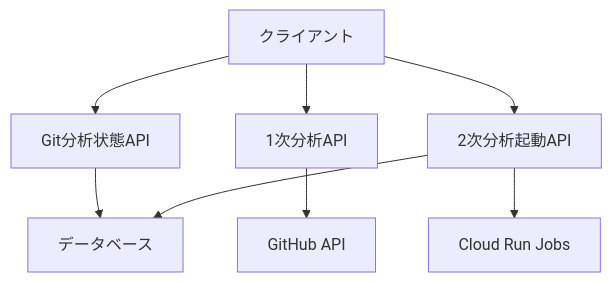
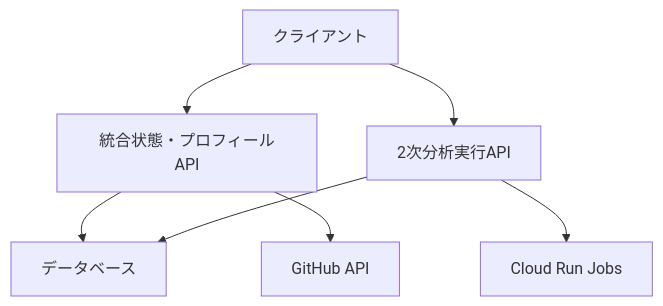
Before and after one commit to ToyB0x/git-resume: the first of 2 diagrams in docs/epic/4.api/ARCHITECTURE.md, drawn with Mermaid. The commit also changed other lines of this file and 3 other files, not shown here.

````diff
--- a/docs/epic/4.api/ARCHITECTURE.md
+++ b/docs/epic/4.api/ARCHITECTURE.md
@@ -29,11 +29,10 @@
 ```mermaid
 graph TD
-    A[クライアント] --> B[Git分析状態API]
-    A --> C[1次分析API]
-    A --> D[2次分析起動API]
+    A[クライアント] --> B[統合状態・プロフィールAPI]
+    A --> D[2次分析実行API]
     
     B --> G[データベース]
-    C --> H[GitHub API]
+    B --> H[GitHub API]
     D --> I[Cloud Run Jobs]
     D --> G
 ```
````
